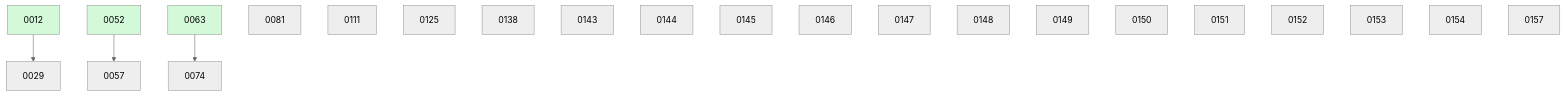
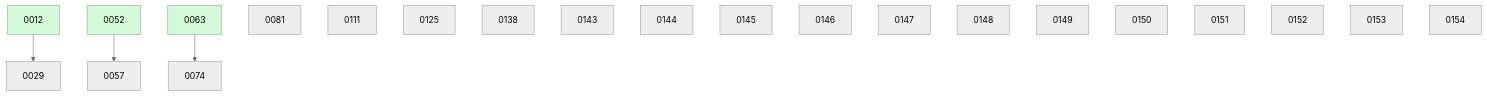
One commit to ethanhinson/fuse changed the diagram in docs/changes/BOARD.md. Above: the diagram before and after it, drawn with Mermaid (neutral theme). The commit also changed other lines of this file and 3 other files, not shown here.

````diff
--- a/docs/changes/BOARD.md
+++ b/docs/changes/BOARD.md
@@ -45,27 +44,26 @@
 ```mermaid
 graph TD
   0012 --> 0029
   0052 --> 0057
   0063 --> 0074
   0081
   0111
   0125
   0138
   0143
   0144
   0145
   0146
   0147
   0148
   0149
   0150
   0151
   0152
   0153
   0154
-  0157
   0012:::done
   0052:::done
   0063:::done
   classDef done fill:#d3f9d8;
 ```
````
